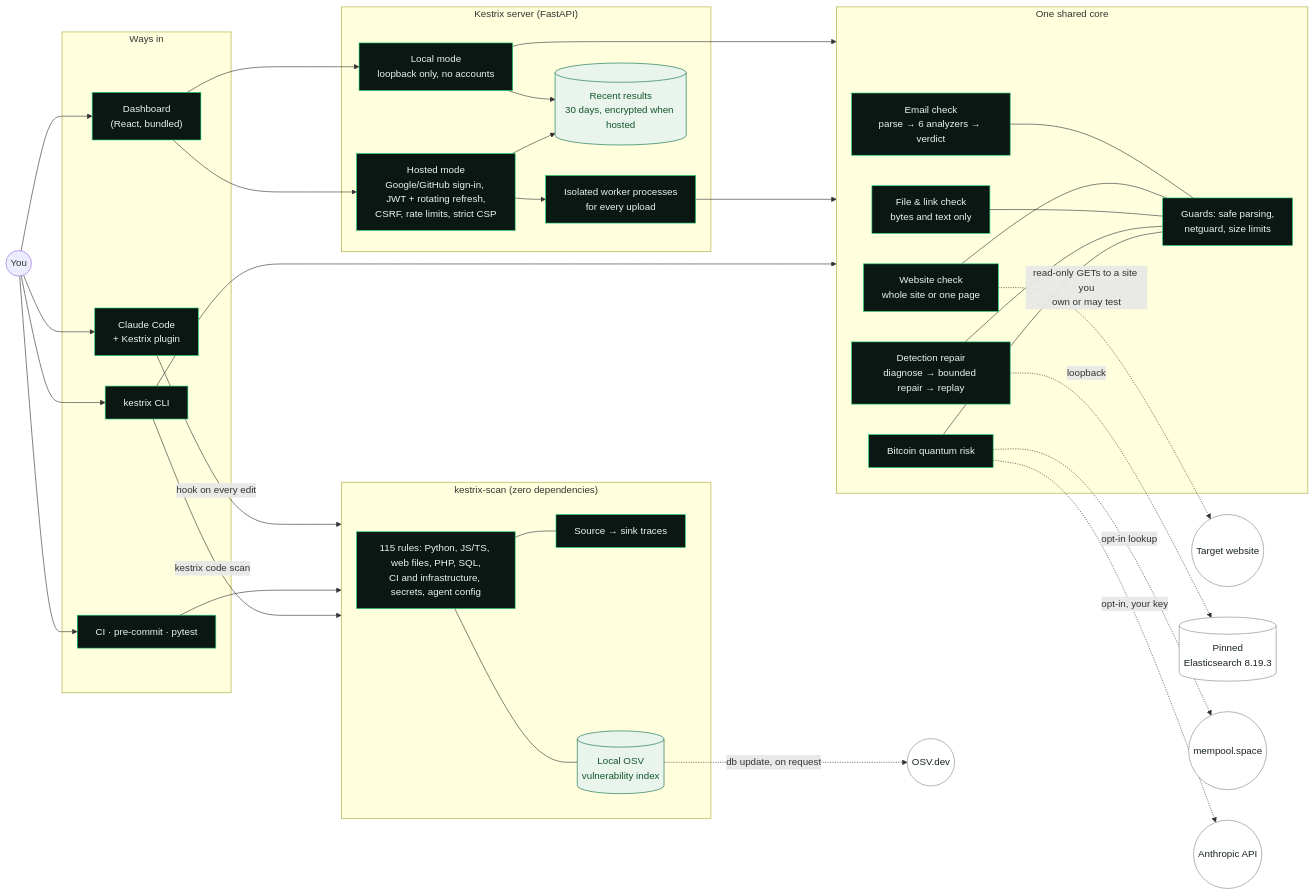
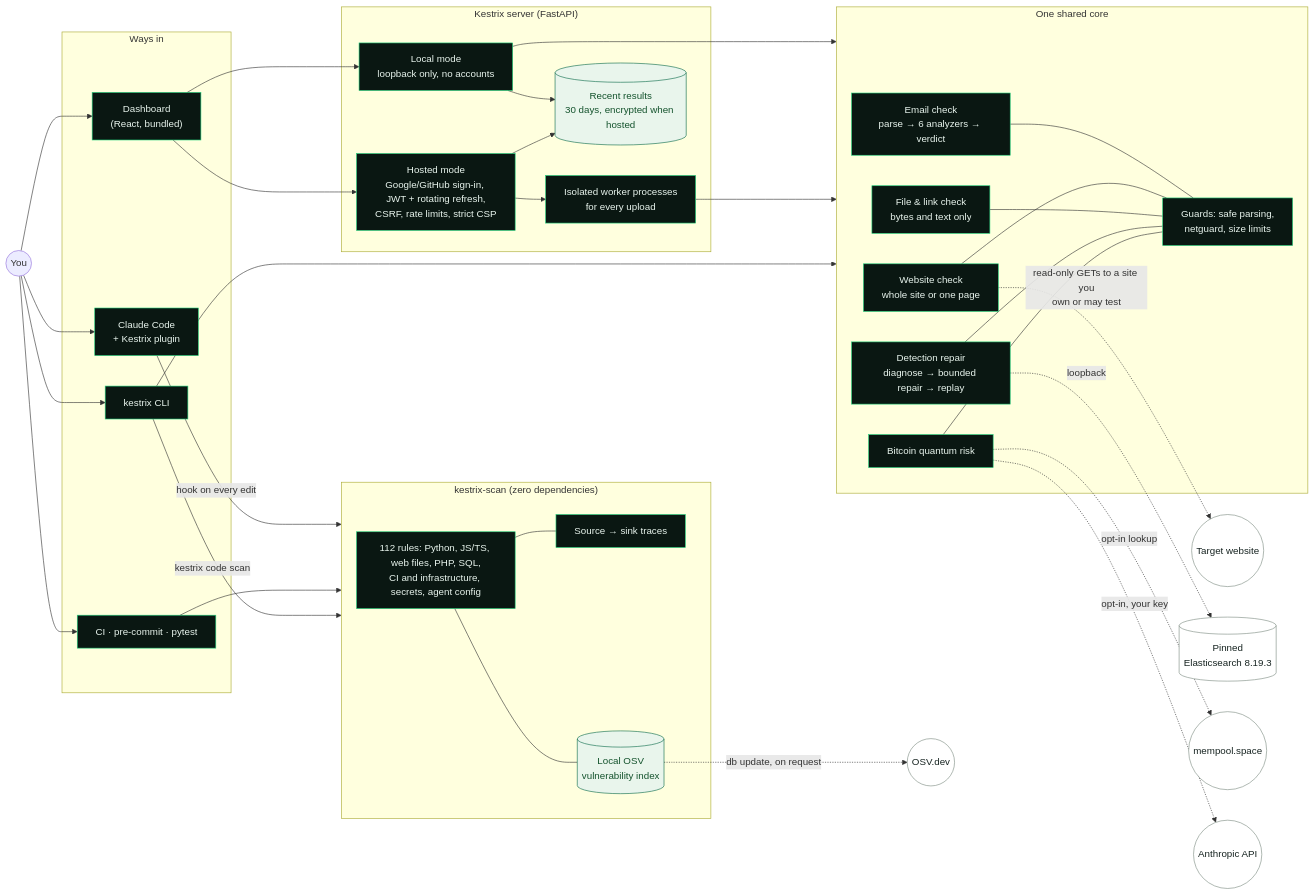
The diagram in README.md (Ruthvik-Bandari/kestrix), drawn with Mermaid before and after one commit. The commit also changed 21 other files, not shown here.

First line of the commit message:
PHP: drop the unserialize, eval/assert/create_function and preg_replace /e rules (no detection on dev, only alerts); php-corpus command

````diff
--- a/README.md
+++ b/README.md
@@ -379,59 +379,59 @@
 ```mermaid
 flowchart LR
   you(("You"))
 
   subgraph entry["Ways in"]
     cli["kestrix CLI"]
     ui["Dashboard<br/>(React, bundled)"]
     cc["Claude Code<br/>+ Kestrix plugin"]
     ci["CI · pre-commit · pytest"]
   end
 
   subgraph server["Kestrix server (FastAPI)"]
     local["Local mode<br/>loopback only, no accounts"]
     hosted["Hosted mode<br/>Google/GitHub sign-in, JWT + rotating refresh,<br/>CSRF, rate limits, strict CSP"]
     iso["Isolated worker processes<br/>for every upload"]
     hist[("Recent results<br/>30 days, encrypted when hosted")]
   end
 
   subgraph core["One shared core"]
     mail["Email check<br/>parse → 6 analyzers → verdict"]
     web["Website check<br/>whole site or one page"]
     foren["File & link check<br/>bytes and text only"]
     det["Detection repair<br/>diagnose → bounded repair → replay"]
     btc["Bitcoin quantum risk"]
     guard["Guards: safe parsing,<br/>netguard, size limits"]
   end
 
   subgraph scanner["kestrix-scan (zero dependencies)"]
-    rules["115 rules: Python, JS/TS, web files, PHP, SQL,<br/>CI and infrastructure, secrets, agent config"]
+    rules["112 rules: Python, JS/TS, web files, PHP, SQL,<br/>CI and infrastructure, secrets, agent config"]
     taint["Source → sink traces"]
     osv[("Local OSV<br/>vulnerability index")]
   end
 
   you --> cli & ui & cc & ci
   ui --> local & hosted
   hosted --> iso
   local & iso --> core
   cli --> core
   local & hosted --> hist
   cc -->|"hook on every edit"| scanner
   ci --> scanner
   cli -->|"kestrix code scan"| scanner
   rules --- taint
   rules --- osv
   mail & web & foren & det & btc --- guard
 
   web -.->|"read-only GETs to a site you<br/>own or may test"| site((Target website))
   det -.->|"loopback"| es[("Pinned<br/>Elasticsearch 8.19.3")]
   btc -.->|"opt-in lookup"| mempool((mempool.space))
   btc -.->|"opt-in, your key"| anthropic((Anthropic API))
   osv -.->|"db update, on request"| osvnet((OSV.dev))
 
   classDef zone fill:#0a1712,stroke:#1fd17a,color:#e9f5ee
   classDef ext fill:#ffffff,stroke:#7d8d82,color:#162320
   classDef store fill:#e9f5ec,stroke:#0c6b4b,color:#14532d
   class cli,ui,cc,ci,local,hosted,iso,mail,web,foren,det,btc,guard,rules,taint zone
   class site,es,mempool,anthropic,osvnet ext
   class hist,osv store
 ```
````
